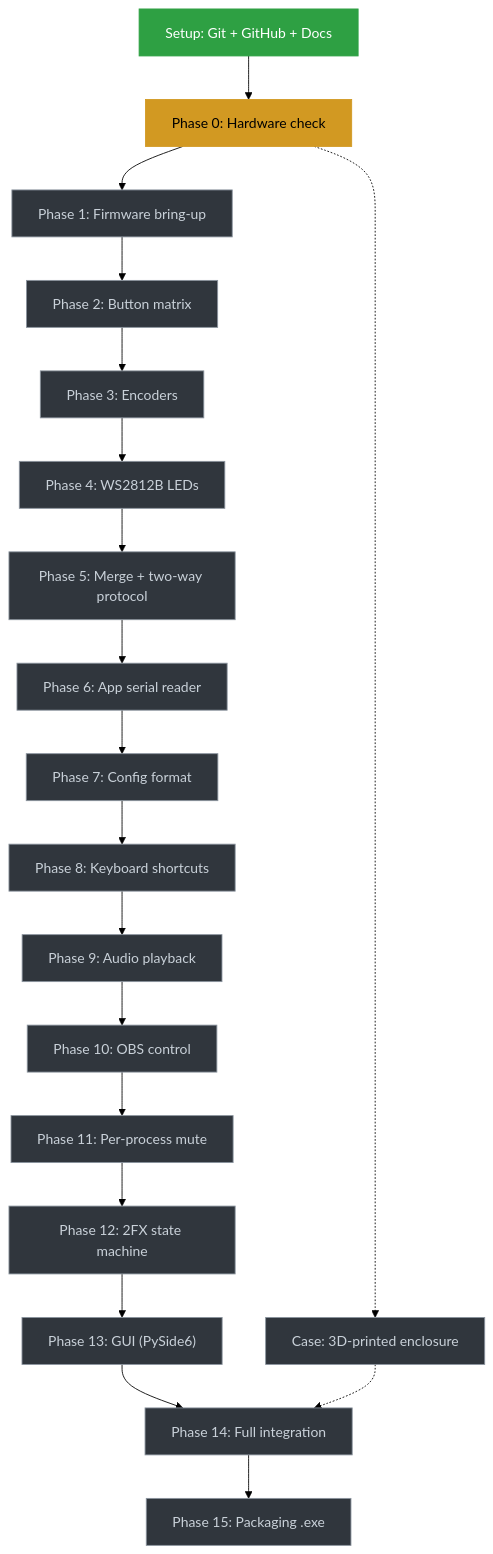
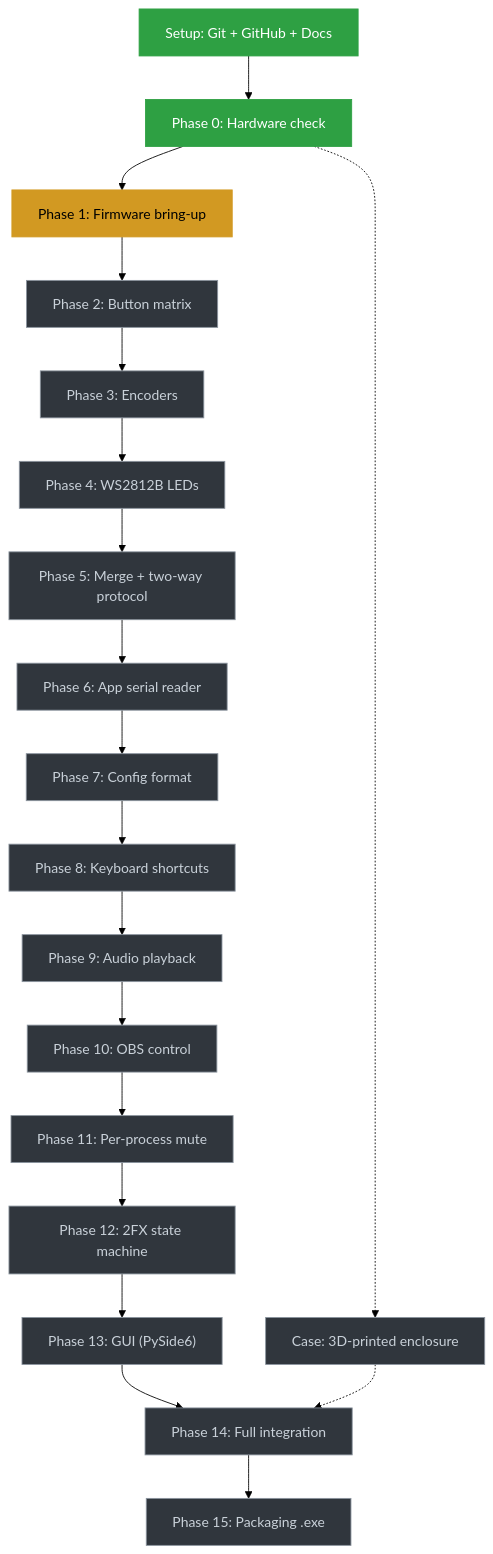
The diagram in README.md (NeoCraftStudio/stream-deck-macro), drawn with Mermaid (forest theme) before and after one commit. The commit also changed 2 other files, not shown here.

Commit message:
changes before finding the Arduino Pro Micro voltage, its 5V

````diff
--- a/README.md
+++ b/README.md
@@ -19,25 +19,25 @@
 ```mermaid
 flowchart TD
-    S["Setup: Git + GitHub + Docs"]:::done --> P0["Phase 0: Hardware check"]:::current
-    P0 --> P1["Phase 1: Firmware bring-up"]:::todo
+    S["Setup: Git + GitHub + Docs"]:::done --> P0["Phase 0: Hardware check"]:::done
+    P0 --> P1["Phase 1: Firmware bring-up"]:::current
     P1 --> P2["Phase 2: Button matrix"]:::todo
     P2 --> P3["Phase 3: Encoders"]:::todo
     P3 --> P4["Phase 4: WS2812B LEDs"]:::todo
     P4 --> P5["Phase 5: Merge + two-way protocol"]:::todo
     P5 --> P6["Phase 6: App serial reader"]:::todo
     P6 --> P7["Phase 7: Config format"]:::todo
     P7 --> P8["Phase 8: Keyboard shortcuts"]:::todo
     P8 --> P9["Phase 9: Audio playback"]:::todo
     P9 --> P10["Phase 10: OBS control"]:::todo
     P10 --> P11["Phase 11: Per-process mute"]:::todo
     P11 --> P12["Phase 12: 2FX state machine"]:::todo
     P12 --> P13["Phase 13: GUI (PySide6)"]:::todo
     P13 --> P14["Phase 14: Full integration"]:::todo
     P14 --> P15["Phase 15: Packaging .exe"]:::todo
     P0 -.-> C["Case: 3D-printed enclosure"]:::todo
     C -.-> P14
 
     classDef done fill:#2ea043,stroke:#2ea043,color:#fff
     classDef current fill:#d29922,stroke:#d29922,color:#000
     classDef todo fill:#30363d,stroke:#8b949e,color:#c9d1d9
 ```
````
